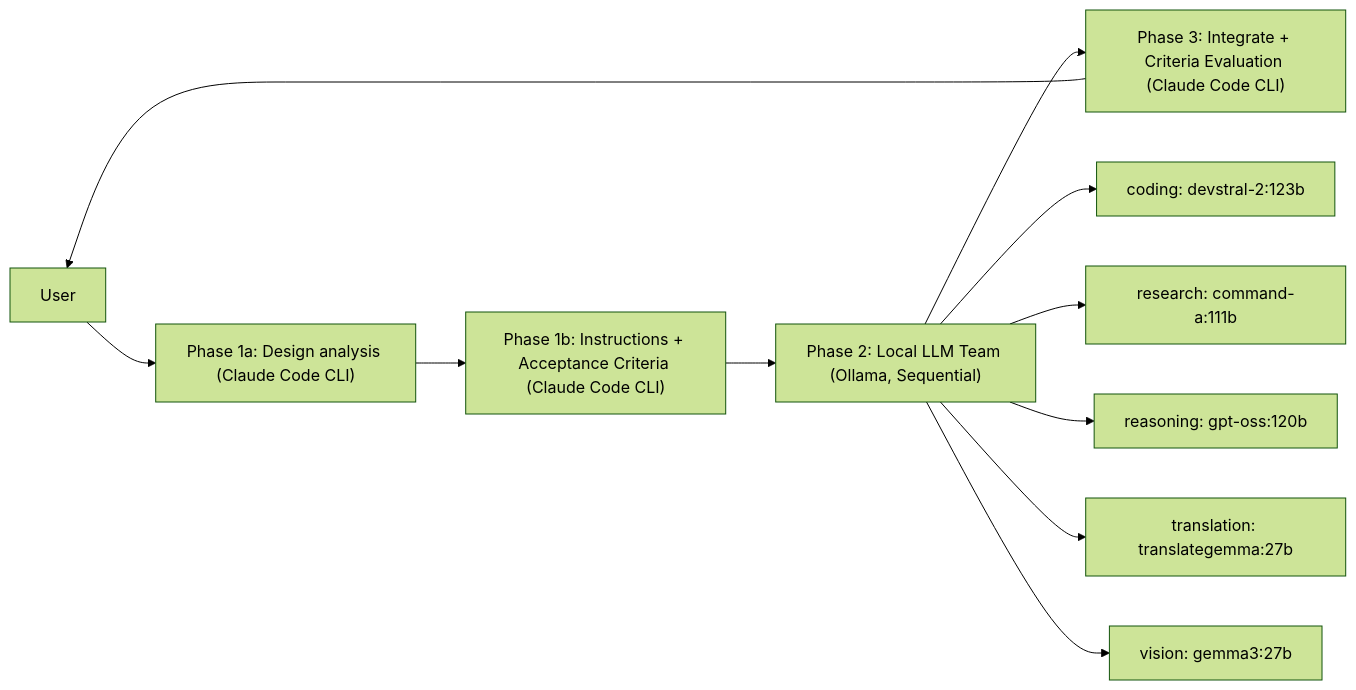
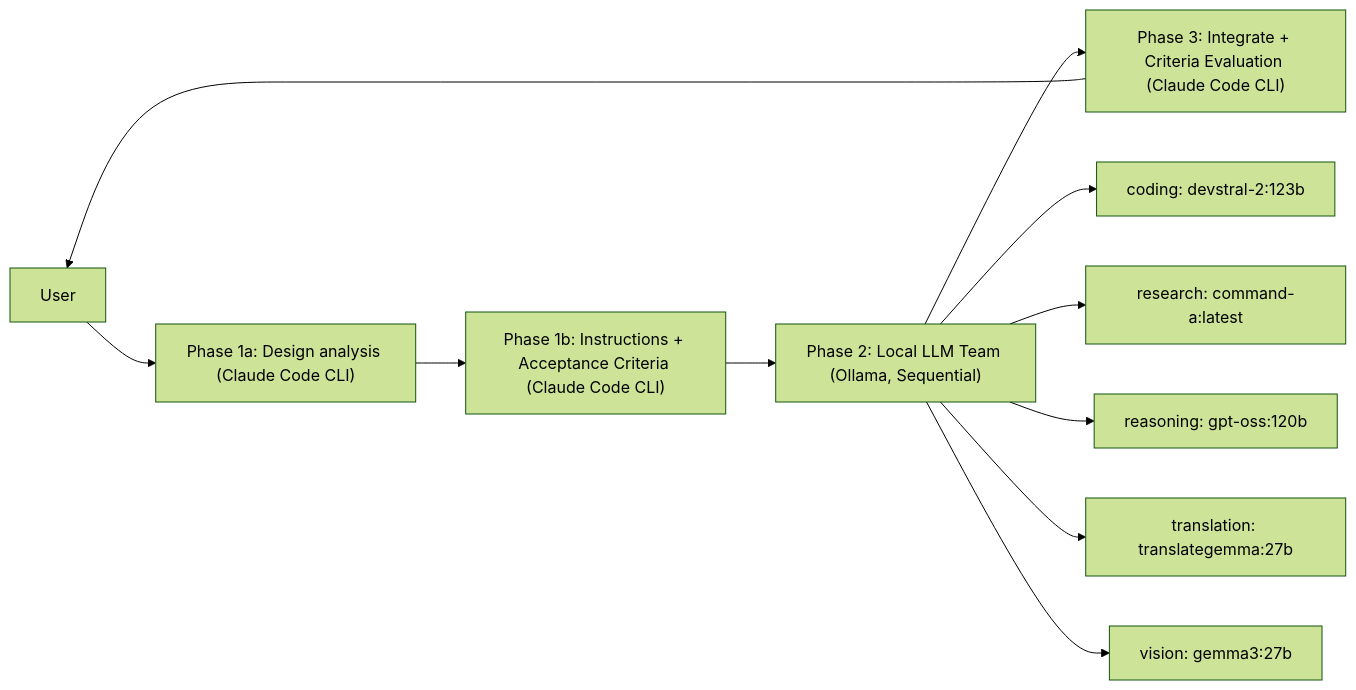
One commit to tsunamayo7/helix-ai-studio changed the diagram in README.md. Above: the diagram before and after it, drawn with Mermaid (forest theme). The commit also changed other lines of this file and 8 other files, not shown here.

Commit message:
v8.5.0 Patch 3: Fix command-a model name across 17 locations (111b -> latest)

````diff
--- a/README.md
+++ b/README.md
@@ -138,14 +138,14 @@
 ```mermaid
 graph LR
   User["User"] --> P1a["Phase 1a: Design analysis (Claude Code CLI)"]
   P1a --> P1b["Phase 1b: Instructions + Acceptance Criteria (Claude Code CLI)"]
   P1b --> P2["Phase 2: Local LLM Team (Ollama, Sequential)"]
   P2 --> P3["Phase 3: Integrate + Criteria Evaluation (Claude Code CLI)"]
   P3 --> User
 
   P2 --> coding["coding: devstral-2:123b"]
-  P2 --> research["research: command-a:111b"]
+  P2 --> research["research: command-a:latest"]
   P2 --> reasoning["reasoning: gpt-oss:120b"]
   P2 --> translation["translation: translategemma:27b"]
   P2 --> vision["vision: gemma3:27b"]
 ```
````
